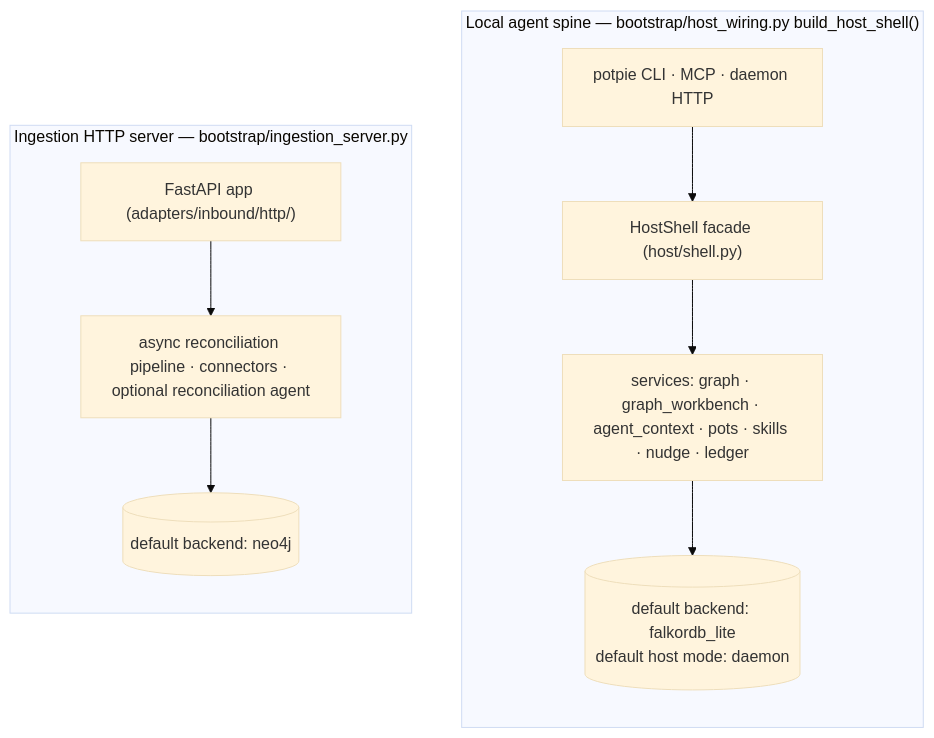
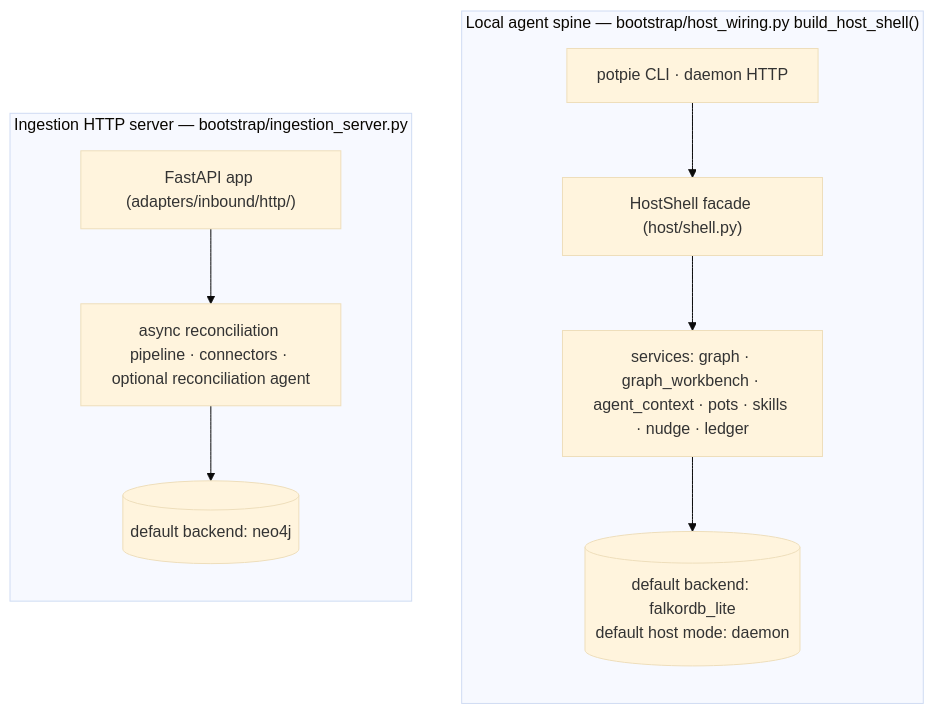
One commit to potpie-ai/potpie changed the second of 5 diagrams in docs/context-graph/architecture.md. Above: the diagram before and after it, drawn with Mermaid (base theme). The commit also changed other lines of this file and 180 other files, not shown here.

Commit message:
refactor(daemon): move daemon and remove MCP server

````diff
--- a/docs/context-graph/architecture.md
+++ b/docs/context-graph/architecture.md
@@ -63,19 +60,19 @@
 ```mermaid
 flowchart TB
   subgraph cg_spine["Local agent spine — bootstrap/host_wiring.py build_host_shell()"]
     direction TB
-    cg_cli["potpie CLI · MCP · daemon HTTP"]
+    cg_cli["potpie CLI · daemon HTTP"]
     cg_shell["HostShell facade (host/shell.py)"]
     cg_services["services: graph · graph_workbench · agent_context · pots · skills · nudge · ledger"]
     cg_lite[("default backend: falkordb_lite<br/>default host mode: daemon")]
     cg_cli --> cg_shell --> cg_services --> cg_lite
   end
 
   subgraph cg_ingest["Ingestion HTTP server — bootstrap/ingestion_server.py"]
     direction TB
     cg_fastapi["FastAPI app (adapters/inbound/http/)"]
     cg_pipeline["async reconciliation pipeline · connectors · optional reconciliation agent"]
     cg_neo[("default backend: neo4j")]
     cg_fastapi --> cg_pipeline --> cg_neo
   end
 ```
````
